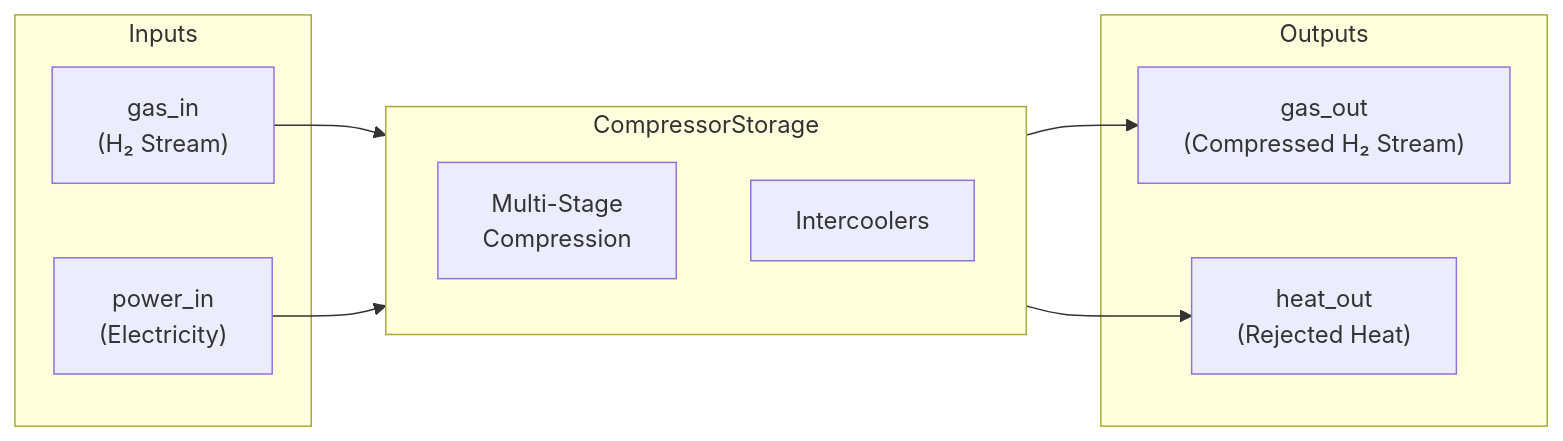
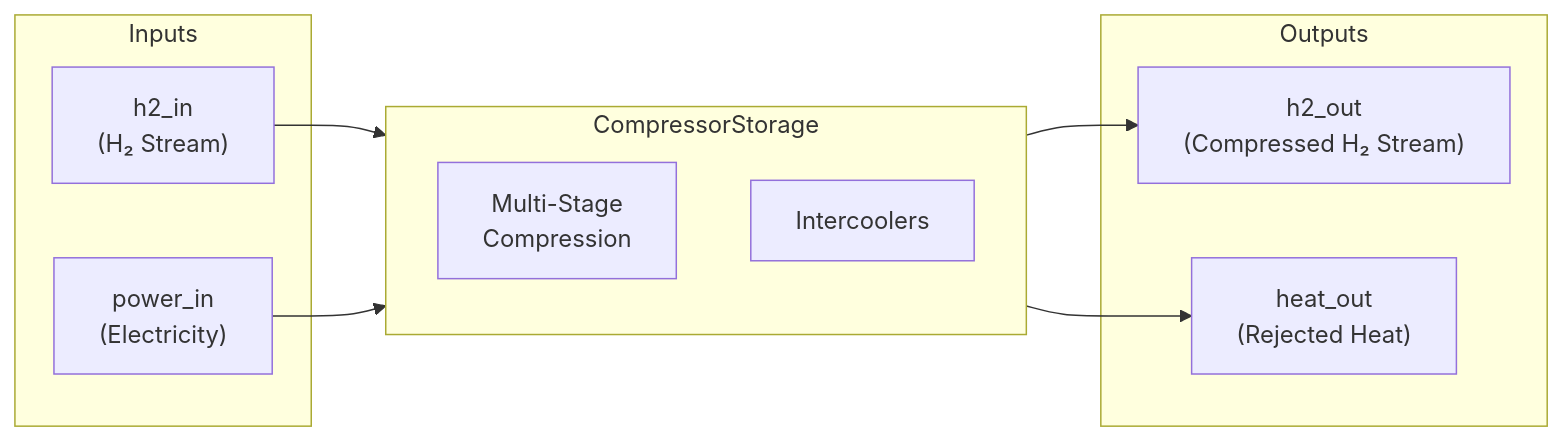
The fourth of 6 diagrams in docs/diagrams/05_compressor_component.md (utczbr/h2_plant), drawn with Mermaid before and after one commit. The commit also changed 8 other files, not shown here.

Commit message:
diagram att.

````diff
--- a/docs/diagrams/05_compressor_component.md
+++ b/docs/diagrams/05_compressor_component.md
@@ -88,23 +88,23 @@
 ```mermaid
 flowchart LR
     subgraph Inputs
-        gas_in["gas_in<br/>(H₂ Stream)"]
+        h2_in["h2_in<br/>(H₂ Stream)"]
         power_in["power_in<br/>(Electricity)"]
     end
     
     subgraph Compressor["CompressorStorage"]
         direction TB
         Stages["Multi-Stage<br/>Compression"]
         Coolers["Intercoolers"]
     end
     
     subgraph Outputs
-        gas_out["gas_out<br/>(Compressed H₂ Stream)"]
+        h2_out["h2_out<br/>(Compressed H₂ Stream)"]
         heat_out["heat_out<br/>(Rejected Heat)"]
     end
     
-    gas_in --> Compressor
+    h2_in --> Compressor
     power_in --> Compressor
-    Compressor --> gas_out
+    Compressor --> h2_out
     Compressor --> heat_out
 ```
````
